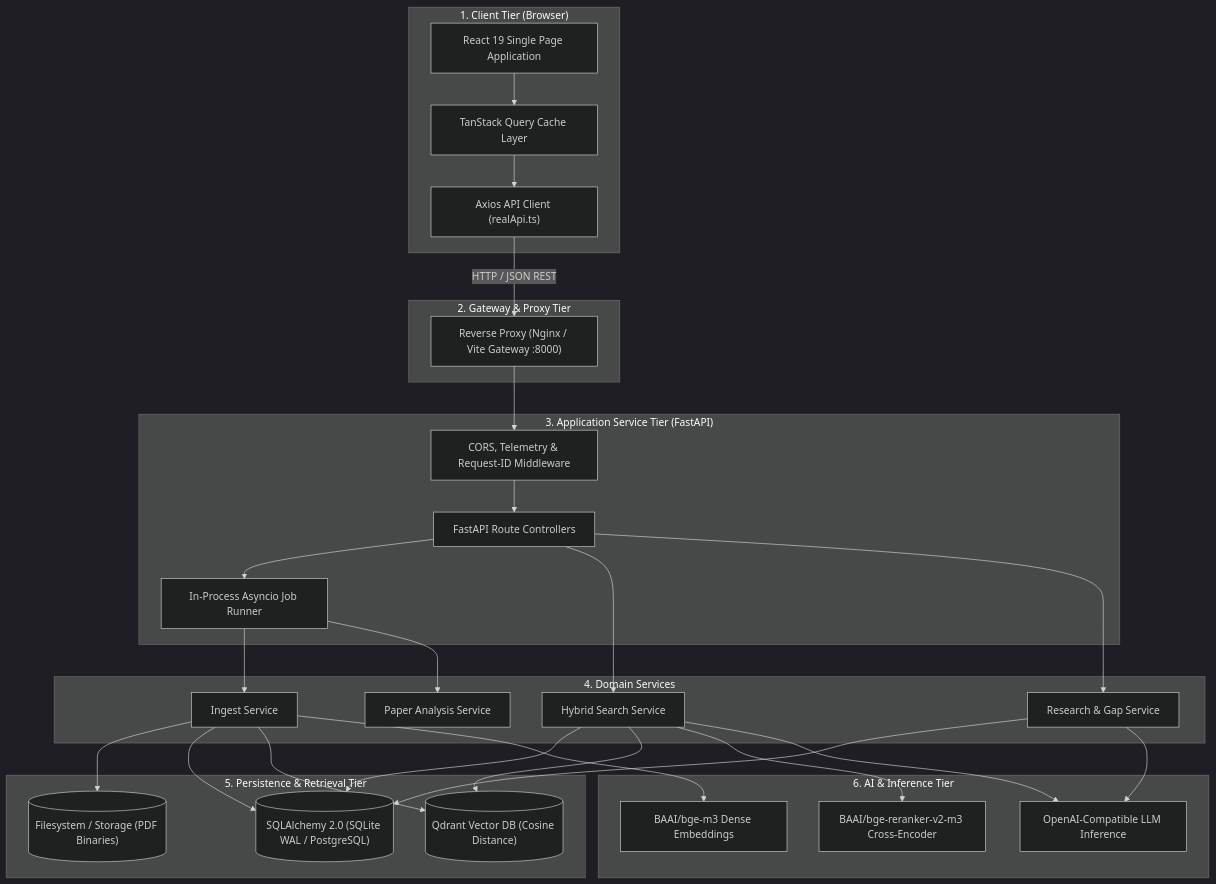
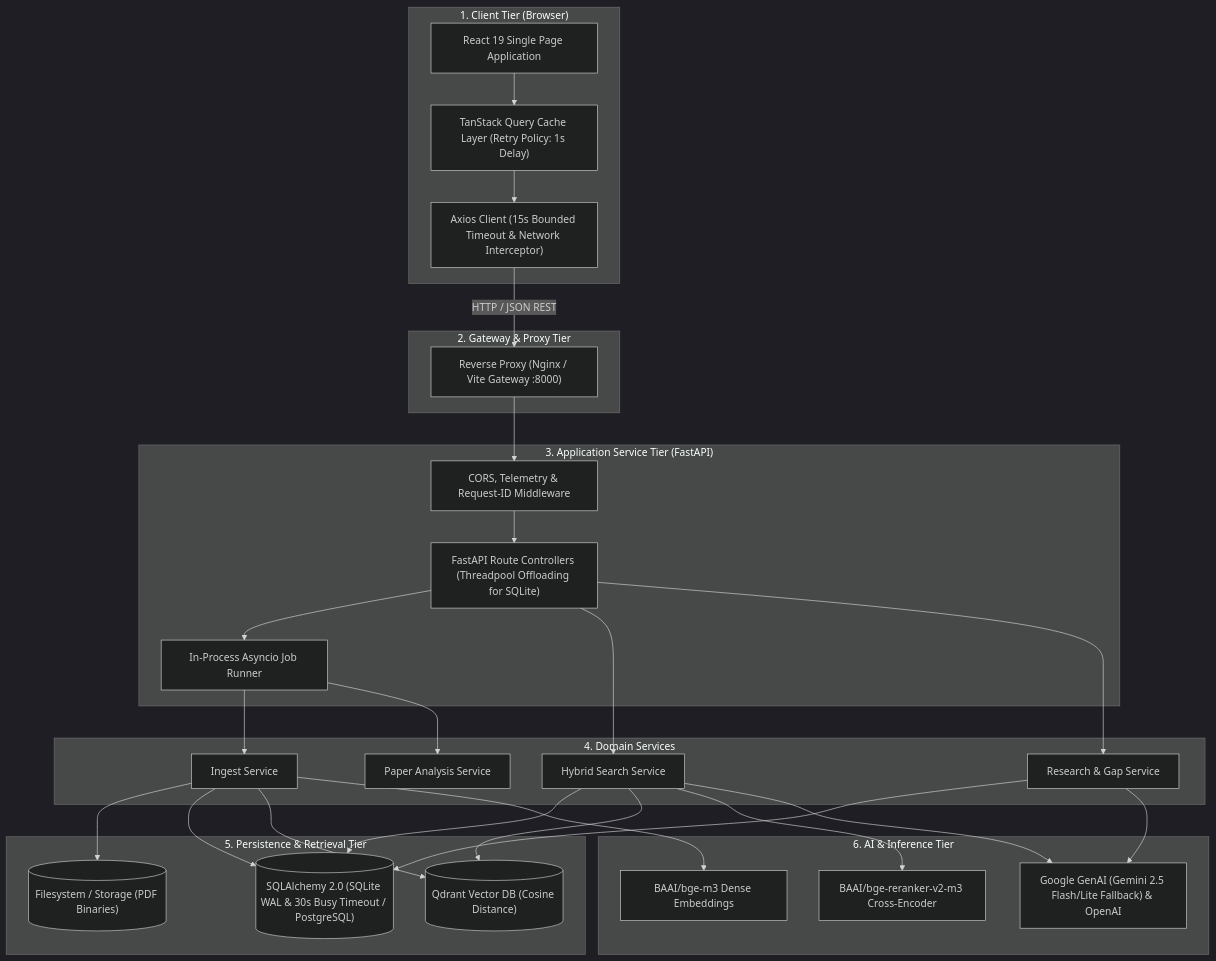
The first of 6 diagrams in SYSTEMARCHITECTURE.md (def-hrithik/AI_Research_Gap_Finder), drawn with Mermaid (dark theme) before and after one commit. The commit also changed other lines of this file and 3 other files, not shown here.

````diff
--- a/SYSTEMARCHITECTURE.md
+++ b/SYSTEMARCHITECTURE.md
@@ -49,59 +51,59 @@
 ```mermaid
 graph TD
     subgraph ClientTier ["1. Client Tier (Browser)"]
         SPA["React 19 Single Page Application"]
-        QueryCache["TanStack Query Cache Layer"]
-        HttpService["Axios API Client (realApi.ts)"]
+        QueryCache["TanStack Query Cache Layer (Retry Policy: 1s Delay)"]
+        HttpService["Axios Client (15s Bounded Timeout & Network Interceptor)"]
         SPA --> QueryCache --> HttpService
     end
 
     subgraph GatewayTier ["2. Gateway & Proxy Tier"]
         NginxProxy["Reverse Proxy (Nginx / Vite Gateway :8000)"]
         HttpService -->|HTTP / JSON REST| NginxProxy
     end
 
     subgraph ServiceTier ["3. Application Service Tier (FastAPI)"]
-        Controllers["FastAPI Route Controllers"]
+        Controllers["FastAPI Route Controllers (Threadpool Offloading for SQLite)"]
         Middleware["CORS, Telemetry & Request-ID Middleware"]
         JobManager["In-Process Asyncio Job Runner"]
         
         NginxProxy --> Middleware --> Controllers
         Controllers --> JobManager
     end
 
     subgraph EngineTier ["4. Domain Services"]
         Ingestion["Ingest Service"]
         Search["Hybrid Search Service"]
         Synthesis["Research & Gap Service"]
         Analysis["Paper Analysis Service"]
 
         Controllers --> Search
         Controllers --> Synthesis
         JobManager --> Ingestion
         JobManager --> Analysis
     end
 
     subgraph PersistenceTier ["5. Persistence & Retrieval Tier"]
-        RDBMS[("SQLAlchemy 2.0 (SQLite WAL / PostgreSQL)")]
+        RDBMS[("SQLAlchemy 2.0 (SQLite WAL & 30s Busy Timeout / PostgreSQL)")]
         VectorDB[("Qdrant Vector DB (Cosine Distance)")]
         BlobStore[("Filesystem / Storage (PDF Binaries)")]
 
         Ingestion --> BlobStore
         Ingestion --> RDBMS
         Ingestion --> VectorDB
         Search --> RDBMS
         Search --> VectorDB
         Synthesis --> RDBMS
     end
 
     subgraph InferenceTier ["6. AI & Inference Tier"]
         BGE_Embed["BAAI/bge-m3 Dense Embeddings"]
         BGE_Rerank["BAAI/bge-reranker-v2-m3 Cross-Encoder"]
-        LLM["OpenAI-Compatible LLM Inference"]
+        LLM["Google GenAI (Gemini 2.5 Flash/Lite Fallback) & OpenAI"]
 
         Ingestion --> BGE_Embed
         Search --> BGE_Rerank
         Search --> LLM
         Synthesis --> LLM
     end
 ```
````
